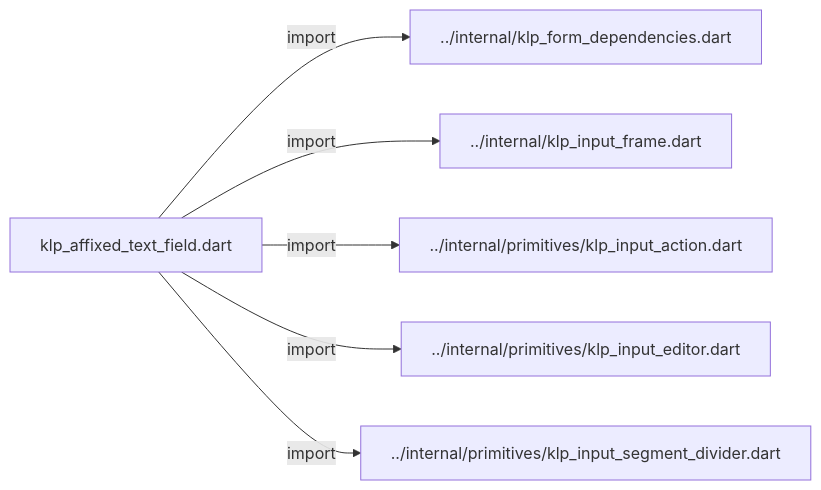
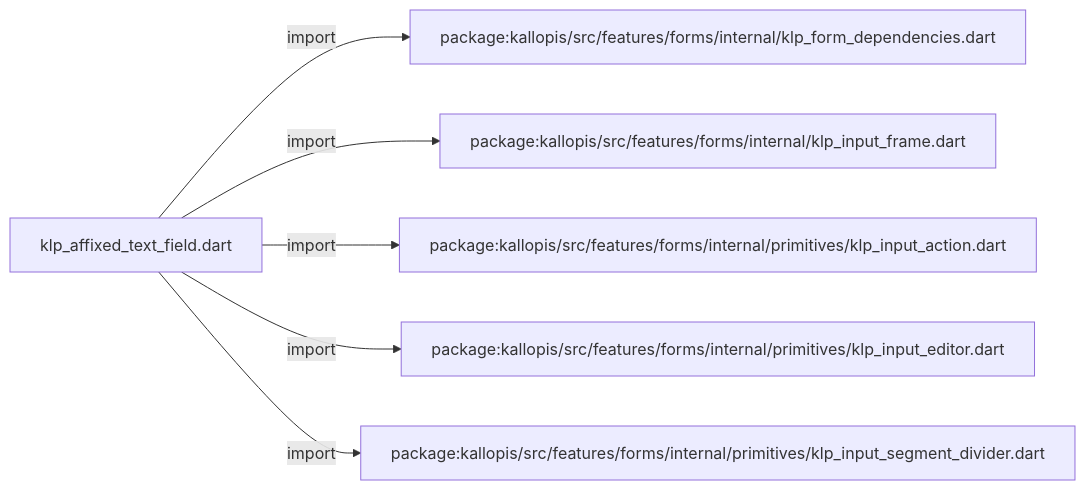
Before and after one commit to MiuDog/Kallopis: the first of 3 diagrams in docs/architecture/src/features/forms/input/klp_affixed_text_field.md, drawn with Mermaid. The commit also changed other lines of this file and 9688 other files, not shown here.

Commit message:
Prepare isolated Flow F2 peer baseline

````diff
--- a/docs/architecture/src/features/forms/input/klp_affixed_text_field.md
+++ b/docs/architecture/src/features/forms/input/klp_affixed_text_field.md
@@ -11,14 +11,14 @@
 ```mermaid
 flowchart LR
 	n0["klp_affixed_text_field.dart"]
-	n1["../internal/klp_form_dependencies.dart"]
-	n2["../internal/klp_input_frame.dart"]
-	n3["../internal/primitives/klp_input_action.dart"]
-	n4["../internal/primitives/klp_input_editor.dart"]
-	n5["../internal/primitives/klp_input_segment_divider.dart"]
+	n1["package:kallopis/src/features/forms/internal/klp_form_dependencies.dart"]
+	n2["package:kallopis/src/features/forms/internal/klp_input_frame.dart"]
+	n3["package:kallopis/src/features/forms/internal/primitives/klp_input_action.dart"]
+	n4["package:kallopis/src/features/forms/internal/primitives/klp_input_editor.dart"]
+	n5["package:kallopis/src/features/forms/internal/primitives/klp_input_segment_divider.dart"]
 	n0 -->|"import"| n1
 	n0 -->|"import"| n2
 	n0 -->|"import"| n3
 	n0 -->|"import"| n4
 	n0 -->|"import"| n5
 ```
````
